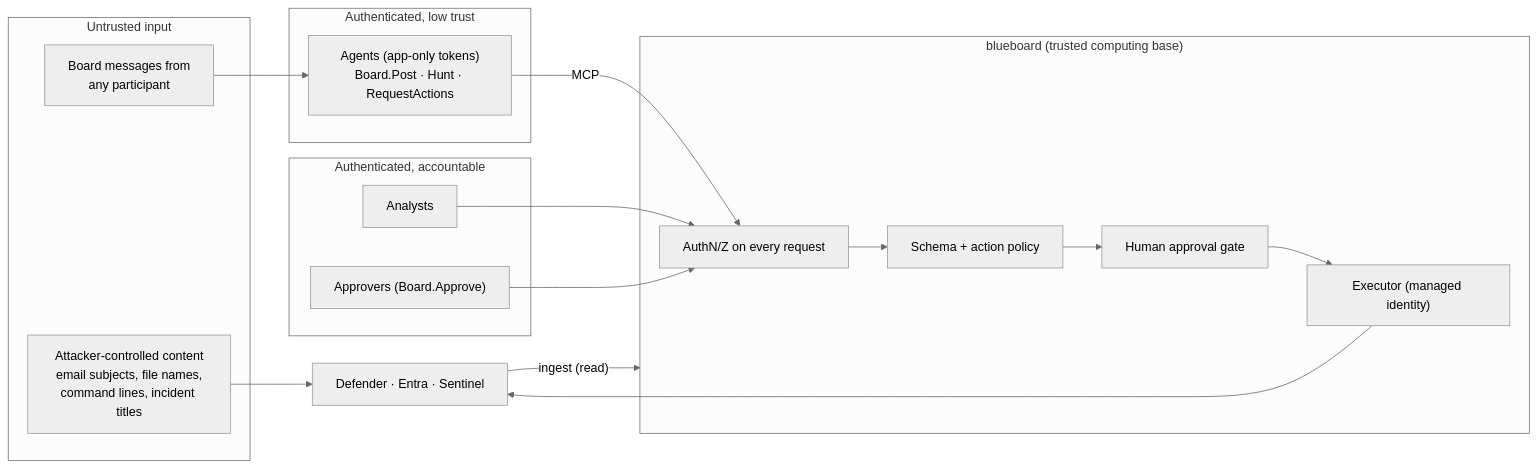
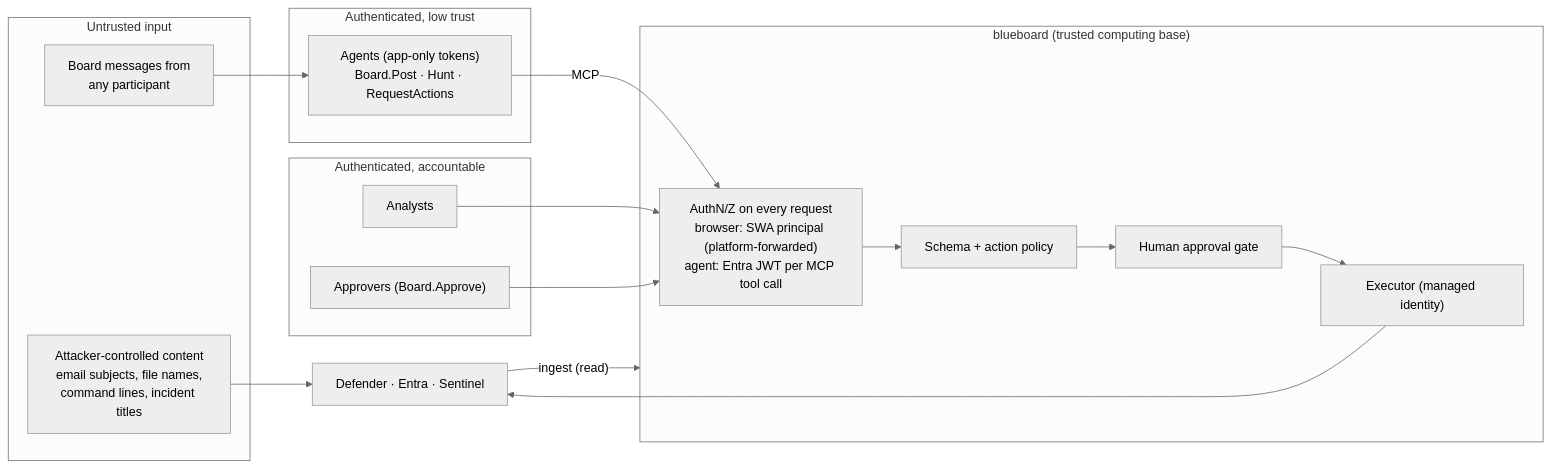
The diagram in docs/SECURITY.md (jusso-dev/blueboard), drawn with Mermaid (neutral theme) before and after one commit. The commit also changed other lines of this file and 163 other files, not shown here.

````diff
--- a/docs/SECURITY.md
+++ b/docs/SECURITY.md
@@ -27,29 +27,29 @@
 ```mermaid
 flowchart LR
   subgraph untrusted["Untrusted input"]
     A1["Attacker-controlled content<br/>email subjects, file names,<br/>command lines, incident titles"]
     A2["Board messages from<br/>any participant"]
   end
   subgraph clients["Authenticated, low trust"]
     AG["Agents (app-only tokens)<br/>Board.Post · Hunt · RequestActions"]
   end
   subgraph humans["Authenticated, accountable"]
     AN["Analysts"]
     AP["Approvers (Board.Approve)"]
   end
   subgraph board["blueboard (trusted computing base)"]
-    AUTHZ["AuthN/Z on every request"]
+    AUTHZ["AuthN/Z on every request<br/>browser: SWA principal (platform-forwarded)<br/>agent: Entra JWT per MCP tool call"]
     POL["Schema + action policy"]
     APPR["Human approval gate"]
     EXEC["Executor (managed identity)"]
   end
   MS["Defender · Entra · Sentinel"]
 
   A1 --> MS
   MS -- "ingest (read)" --> board
   A2 --> AG
   AG -- "MCP" --> AUTHZ
   AN --> AUTHZ
   AP --> AUTHZ
   AUTHZ --> POL --> APPR --> EXEC --> MS
 ```
````
